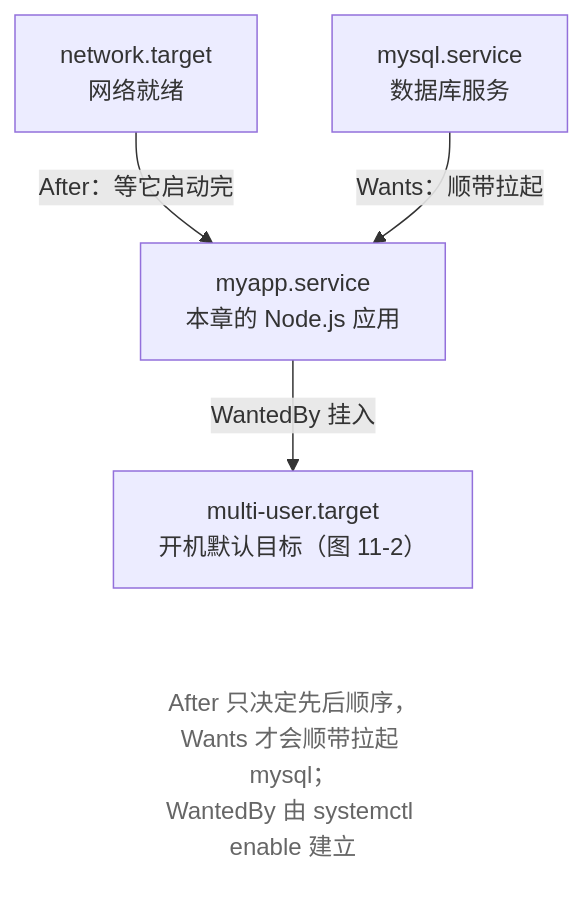
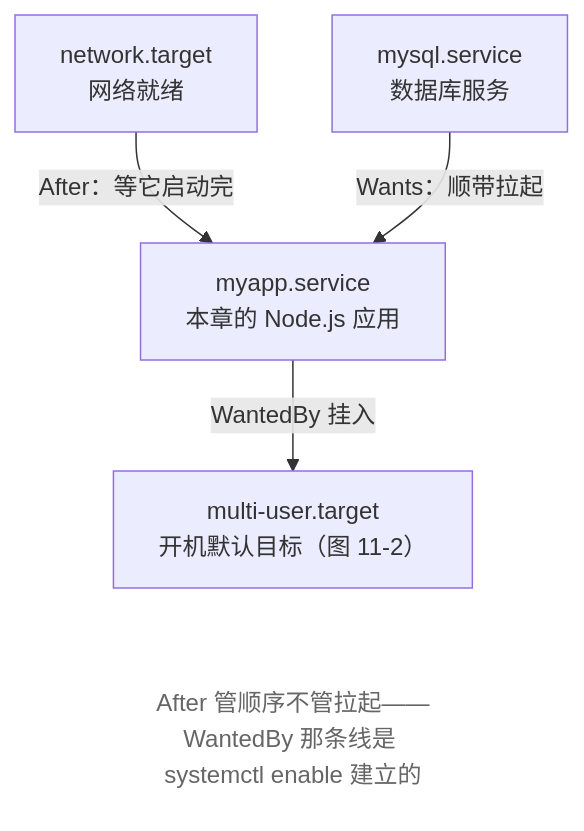
The third of 3 diagrams in src/linux-command/ch11.md (wangxiangnan/wangxiangnan.github.io), drawn with Mermaid before and after one commit. The commit also changed other lines of this file and 25 other files, not shown here.

````diff
--- a/src/linux-command/ch11.md
+++ b/src/linux-command/ch11.md
@@ -222,12 +222,12 @@
 ```mermaid
 flowchart TB
     NET["network.target<br>网络就绪"] -->|After：等它启动完| APP["myapp.service<br>本章的 Node.js 应用"]
     MYSQL["mysql.service<br>数据库服务"] -->|Wants：顺带拉起| APP
     APP -->|WantedBy 挂入| TGT["multi-user.target<br>开机默认目标（图 11-2）"]
-    N["After 只决定先后顺序，Wants 才会顺带拉起 mysql；<br>WantedBy 由 systemctl enable 建立"]
+    N["After 管顺序不管拉起——WantedBy 那条线是 systemctl enable 建立的"]
 
     TGT ~~~ N
 
     classDef note fill:none,stroke:none,color:#666
     class N note
 ```
````
